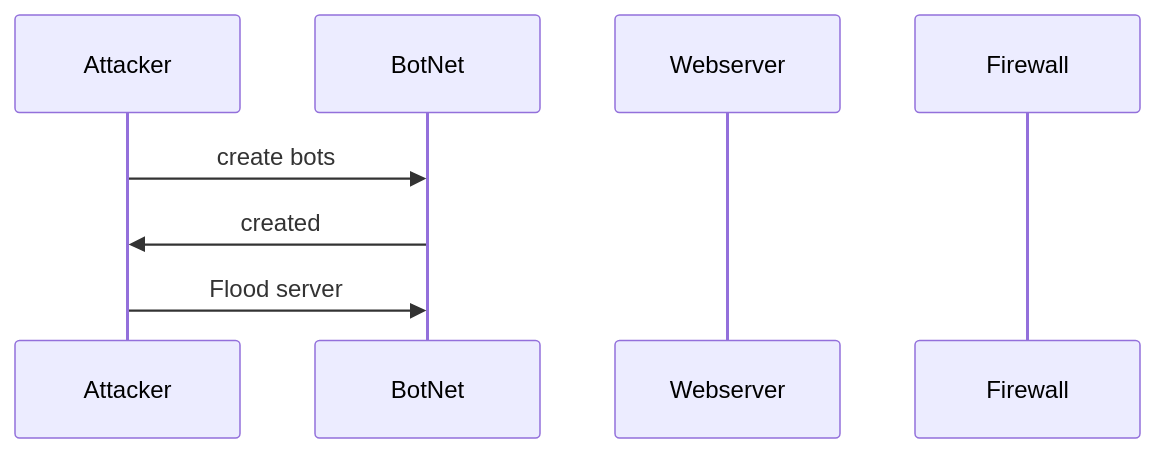
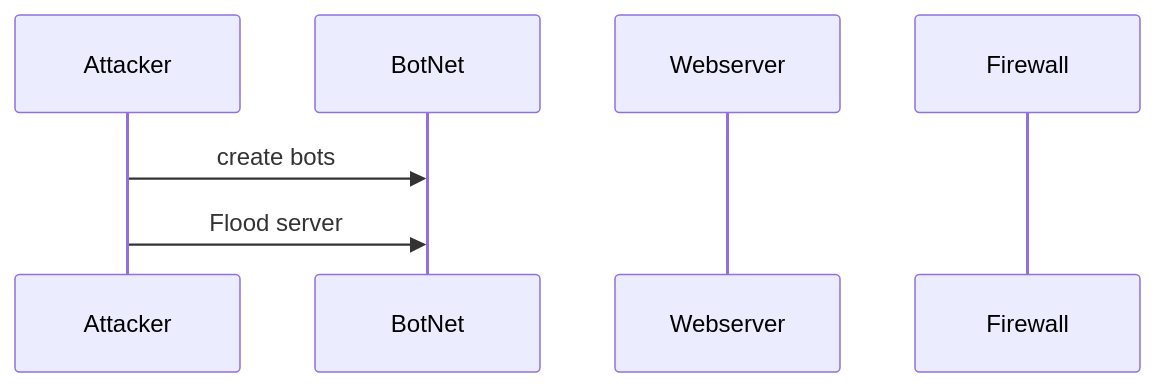
The diagram in DDoS_Attack_Sequence.md (G-Marotta/Flowchart), drawn with Mermaid before and after one commit.

````diff
--- a/DDoS_Attack_Sequence.md
+++ b/DDoS_Attack_Sequence.md
@@ -2,10 +2,9 @@
 ```mermaid
 sequenceDiagram
     participant Attacker
     participant BotNet
     participant Webserver
     participant Firewall
     Attacker->>BotNet: create bots
-    BotNet->>Attacker: created
     Attacker->>BotNet: Flood server
 ```
````
